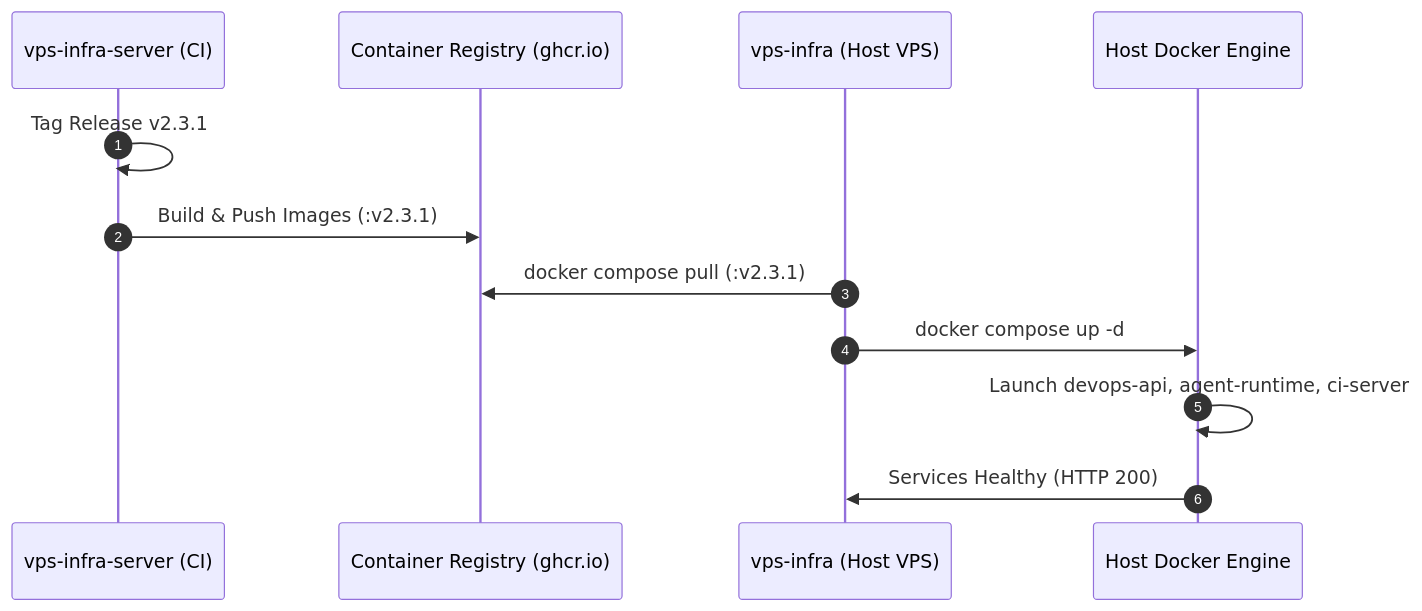
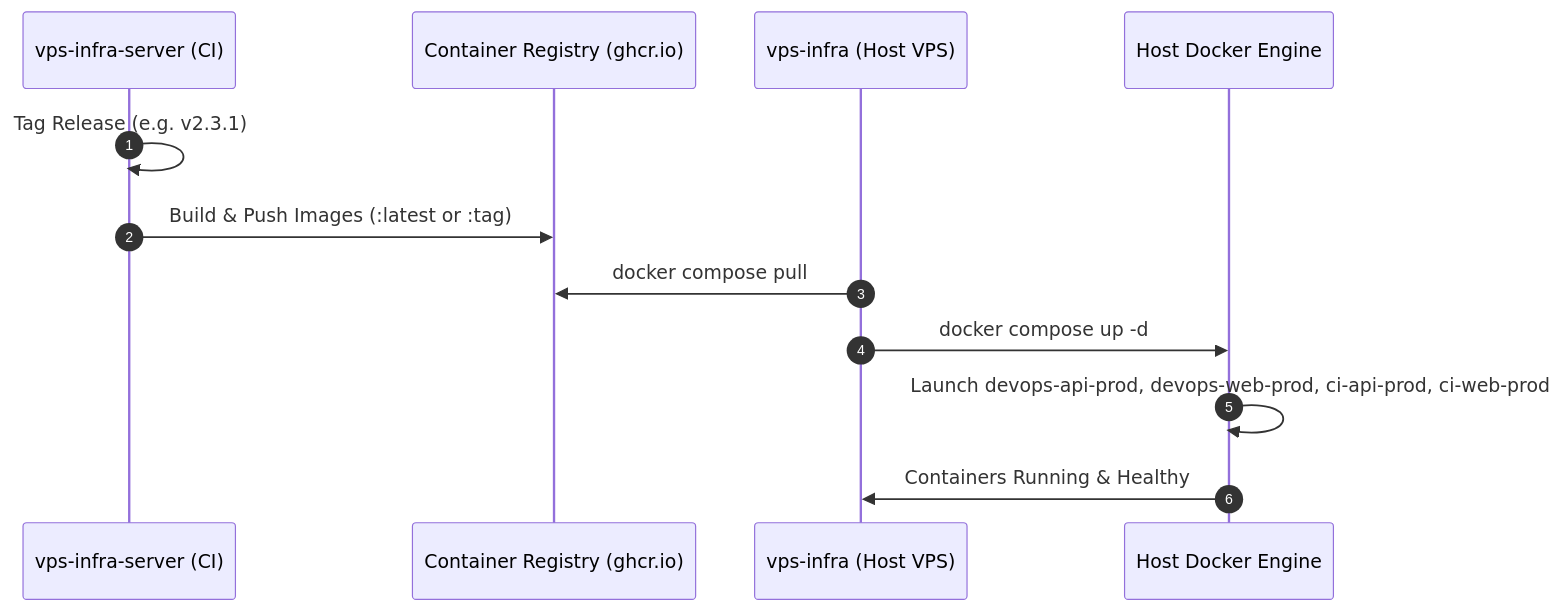
Before and after one commit to tmk-computers/vps-infra: the diagram in docs/v2/02-architecture/SERVER_INTEGRATION.md, drawn with Mermaid. The commit also changed other lines of this file and 17 other files, not shown here.

````diff
--- a/docs/v2/02-architecture/SERVER_INTEGRATION.md
+++ b/docs/v2/02-architecture/SERVER_INTEGRATION.md
@@ -16,15 +16,15 @@
 ```mermaid
 sequenceDiagram
     autonumber
     participant ServerRepo as vps-infra-server (CI)
     participant Registry as Container Registry (ghcr.io)
     participant HostInfra as vps-infra (Host VPS)
     participant Docker as Host Docker Engine
 
-    ServerRepo->>ServerRepo: Tag Release v2.3.1
-    ServerRepo->>Registry: Build & Push Images (:v2.3.1)
-    HostInfra->>Registry: docker compose pull (:v2.3.1)
+    ServerRepo->>ServerRepo: Tag Release (e.g. v2.3.1)
+    ServerRepo->>Registry: Build & Push Images (:latest or :tag)
+    HostInfra->>Registry: docker compose pull
     HostInfra->>Docker: docker compose up -d
-    Docker->>Docker: Launch devops-api, agent-runtime, ci-server
-    Docker->>HostInfra: Services Healthy (HTTP 200)
+    Docker->>Docker: Launch devops-api-prod, devops-web-prod, ci-api-prod, ci-web-prod
+    Docker->>HostInfra: Containers Running & Healthy
 ```
````
